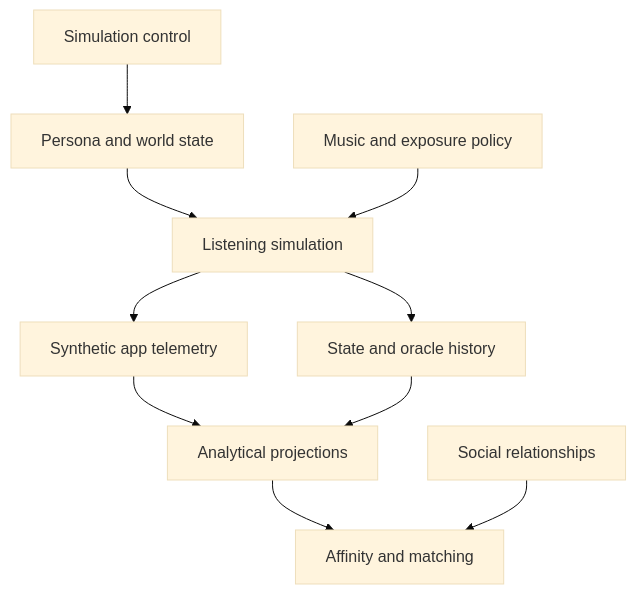
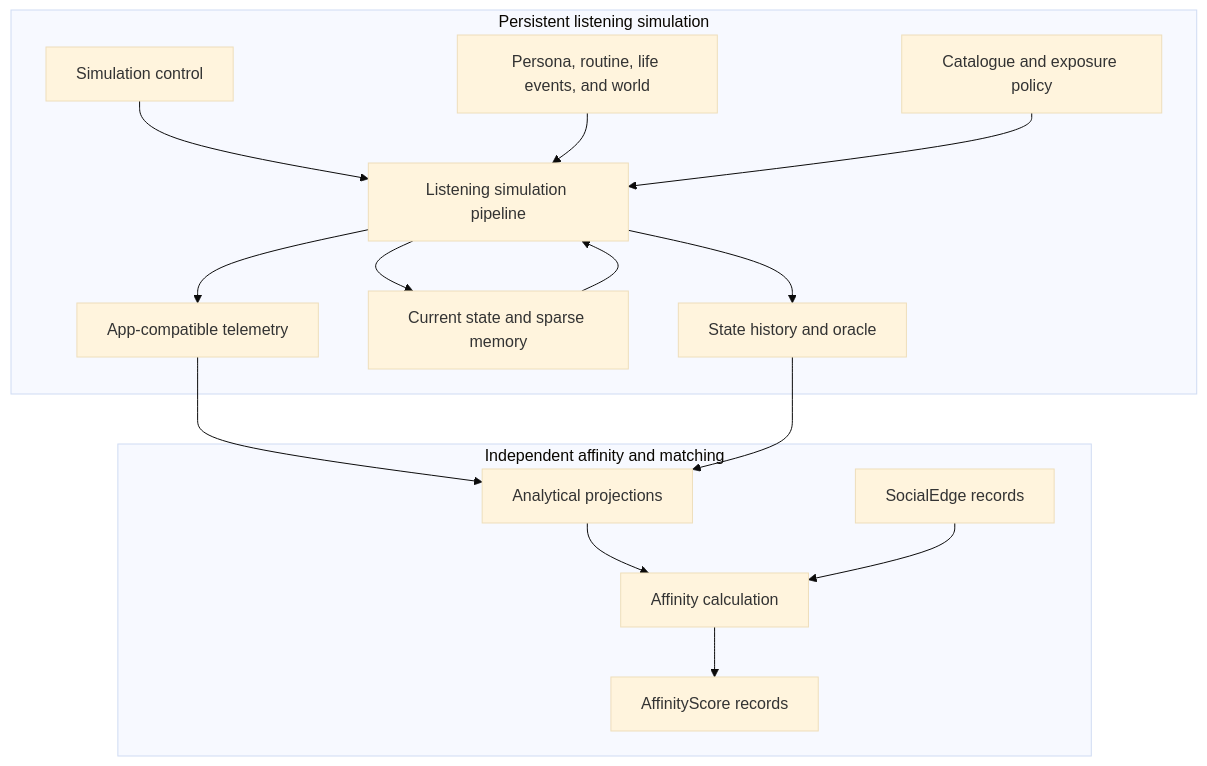
The first of 7 diagrams in docs/synthetic-listener-simulation-architecture.md (vibeout-music/vo-personas-simulation), drawn with Mermaid (base theme) before and after one commit. The commit also changed other lines of this file and 2 other files, not shown here.

Commit message:
Merge concept map into architecture and align it with the entity usage guide

````diff
--- a/docs/synthetic-listener-simulation-architecture.md
+++ b/docs/synthetic-listener-simulation-architecture.md
@@ -85,12 +106,21 @@
 ```mermaid
 flowchart TD
-    A["Simulation control"] --> B["Persona and world state"]
-    B --> C["Listening simulation"]
-    D["Music and exposure policy"] --> C
-    C --> E["Synthetic app telemetry"]
-    C --> F["State and oracle history"]
-    E --> G["Analytical projections"]
-    F --> G
-    G --> H["Affinity and matching"]
-    I["Social relationships"] --> H
+    subgraph Listening["Persistent listening simulation"]
+        A["Simulation control"] --> D["Listening simulation pipeline"]
+        B["Persona, routine, life events, and world"] --> D
+        C["Catalogue and exposure policy"] --> D
+        D --> E["App-compatible telemetry"]
+        D --> F["Current state and sparse memory"]
+        D --> G["State history and oracle"]
+        F --> D
+    end
+
+    E --> P["Analytical projections"]
+    G --> P
+
+    subgraph Affinity["Independent affinity and matching"]
+        P --> J["Affinity calculation"]
+        I["SocialEdge records"] --> J
+        J --> K["AffinityScore records"]
+    end
 ```
````
